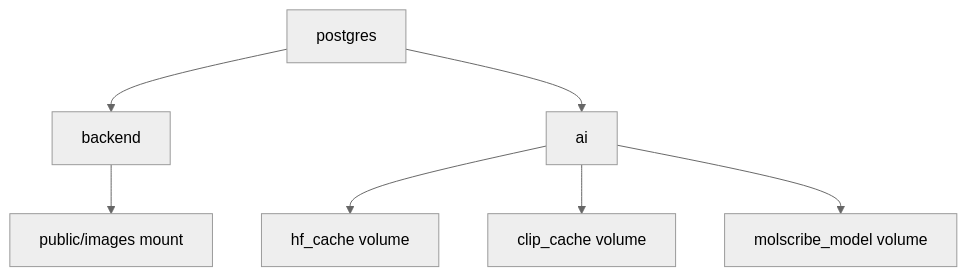
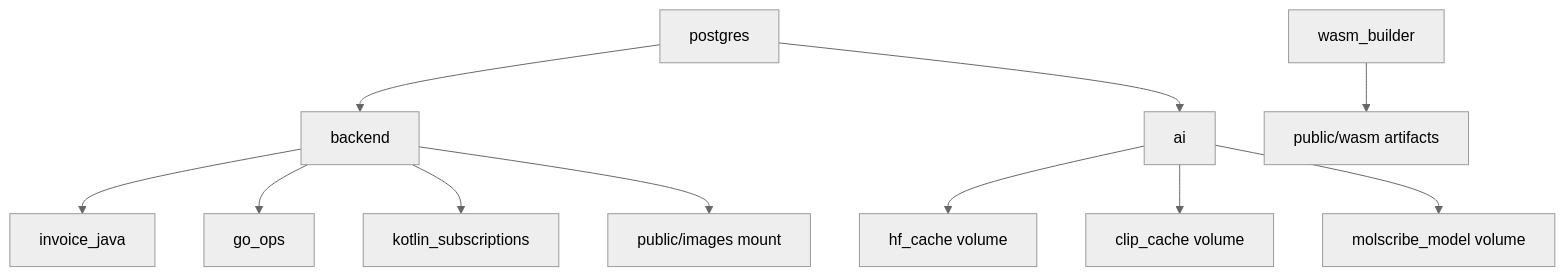
One commit to DarkShadow1107/filspresso_next changed the fourth of 4 diagrams in README.md. Above: the diagram before and after it, drawn with Mermaid (neutral theme). The commit also changed other lines of this file and 30 other files, not shown here.

Commit message:
added go, kotlin, java, wasm services

````diff
--- a/README.md
+++ b/README.md
@@ -534,9 +605,13 @@
 ```mermaid
 flowchart TD
     PG[postgres] --> BE[backend]
     PG --> AI[ai]
+    BE --> JI[invoice_java]
+    BE --> GO[go_ops]
+    BE --> KS[kotlin_subscriptions]
+    WB[wasm_builder] --> PW[public/wasm artifacts]
     BE --> IMG[public/images mount]
     AI --> HFC[hf_cache volume]
     AI --> CLC[clip_cache volume]
     AI --> MSC[molscribe_model volume]
 ```
````
